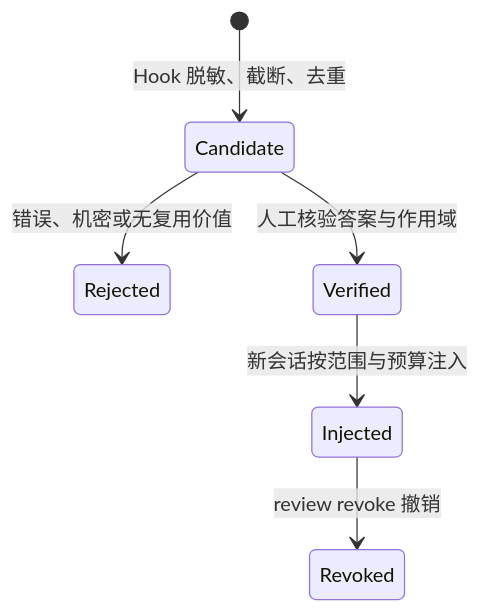
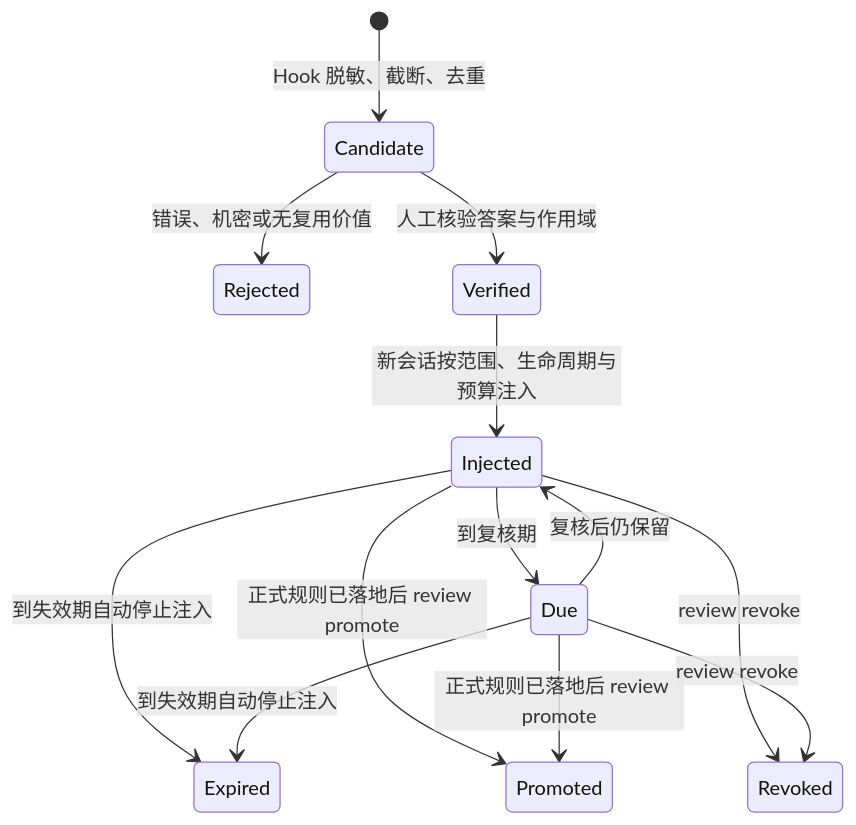
The second of 2 diagrams in self-improving/docs/architecture-zh.md (ldl8818/skills), drawn with Mermaid before and after one commit. The commit also changed other lines of this file and 24 other files, not shown here.

````diff
--- a/self-improving/docs/architecture-zh.md
+++ b/self-improving/docs/architecture-zh.md
@@ -107,8 +110,15 @@
 ```mermaid
 stateDiagram-v2
     [*] --> Candidate: Hook 脱敏、截断、去重
     Candidate --> Rejected: 错误、机密或无复用价值
     Candidate --> Verified: 人工核验答案与作用域
-    Verified --> Injected: 新会话按范围与预算注入
-    Injected --> Revoked: review revoke 撤销
+    Verified --> Injected: 新会话按范围、生命周期与预算注入
+    Injected --> Due: 到复核期
+    Due --> Injected: 复核后仍保留
+    Injected --> Expired: 到失效期自动停止注入
+    Due --> Expired: 到失效期自动停止注入
+    Injected --> Promoted: 正式规则已落地后 review promote
+    Due --> Promoted: 正式规则已落地后 review promote
+    Injected --> Revoked: review revoke
+    Due --> Revoked: review revoke
 ```
````
